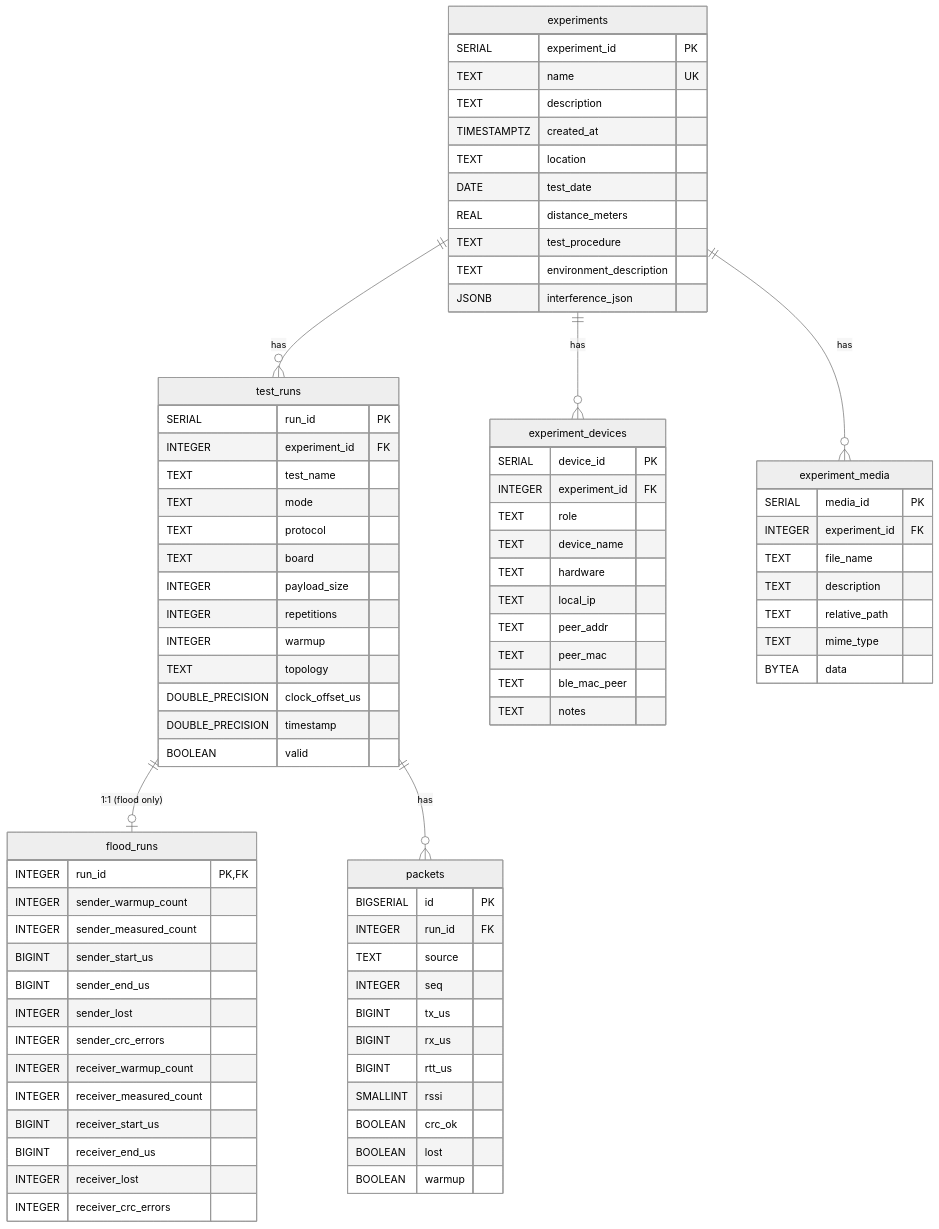
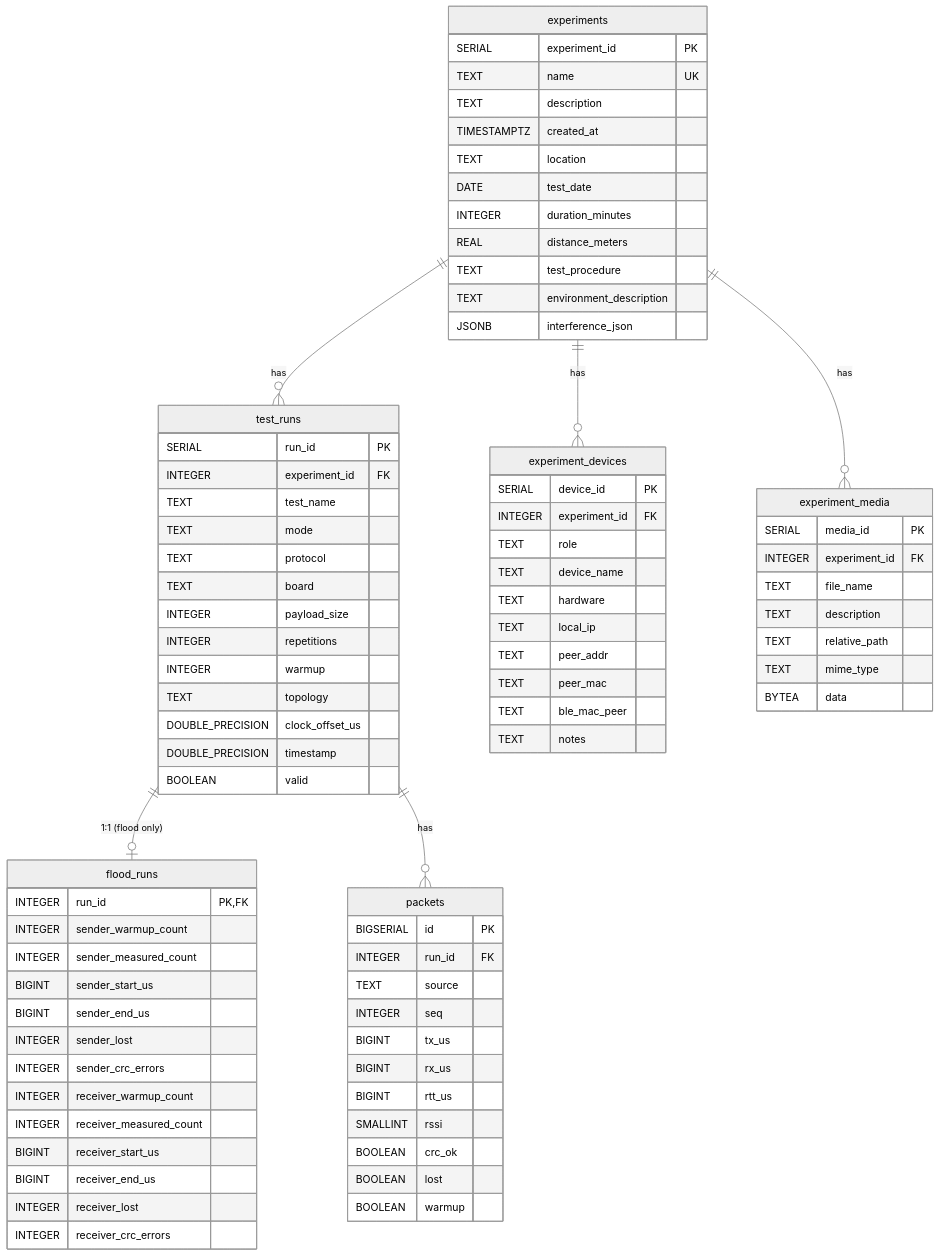
One commit to tratom/CPCBF changed the diagram in cpcbf/analysis/README.md. Above: the diagram before and after it, drawn with Mermaid (neutral theme). The commit also changed other lines of this file and 223 other files, not shown here.

Commit message:
ble on arduino mkr wifi1010, new schema for db, metadata for experiments and new analysis program

```diff
--- a/cpcbf/analysis/README.md
+++ b/cpcbf/analysis/README.md
@@ -156,6 +156,7 @@
         TIMESTAMPTZ created_at
         TEXT location
         DATE test_date
+        INTEGER duration_minutes
         REAL distance_meters
         TEXT test_procedure
         TEXT environment_description
```
